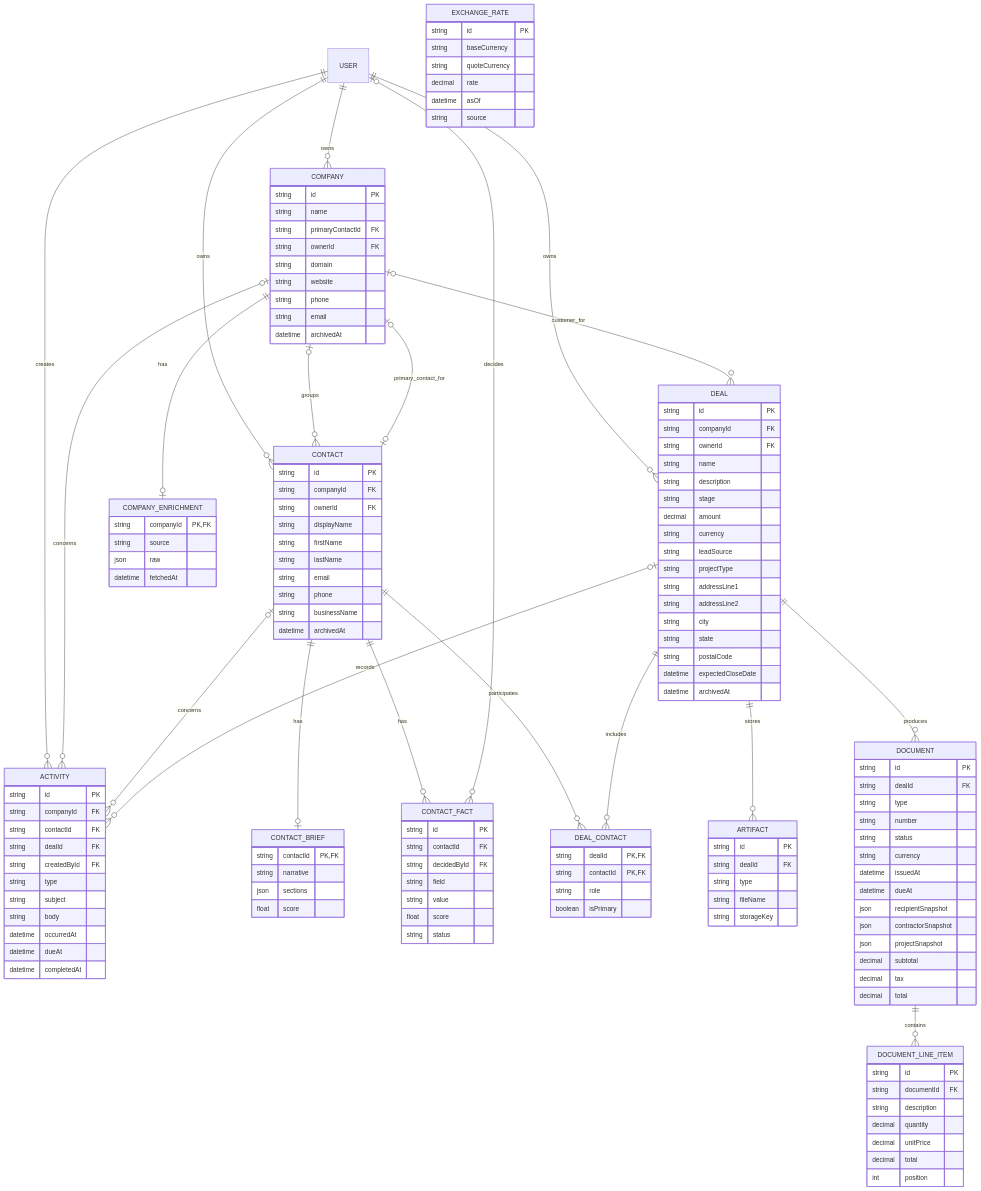
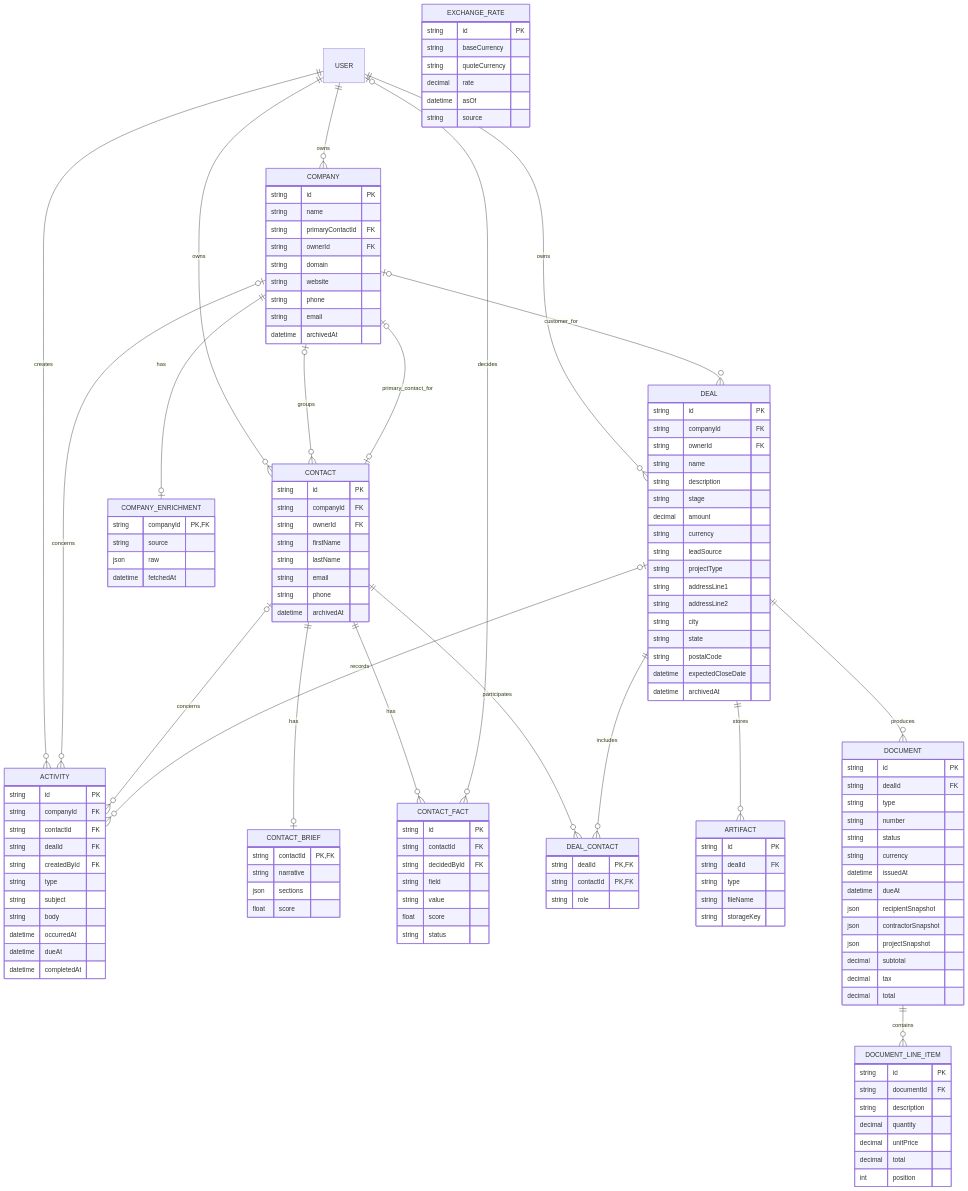
One commit to romanbsd/compcrm changed the second of 9 diagrams in docs/construction-data-model.md. Above: the diagram before and after it, drawn with Mermaid. The commit also changed other lines of this file and 42 other files, not shown here.

```diff
--- a/docs/construction-data-model.md
+++ b/docs/construction-data-model.md
@@ -117,12 +114,10 @@
         string id PK
         string companyId FK
         string ownerId FK
-        string displayName
         string firstName
         string lastName
         string email
         string phone
-        string businessName
         datetime archivedAt
     }
 
@@ -167,7 +162,6 @@
         string dealId PK,FK
         string contactId PK,FK
         string role
-        boolean isPrimary
     }
 
     ACTIVITY {
```
